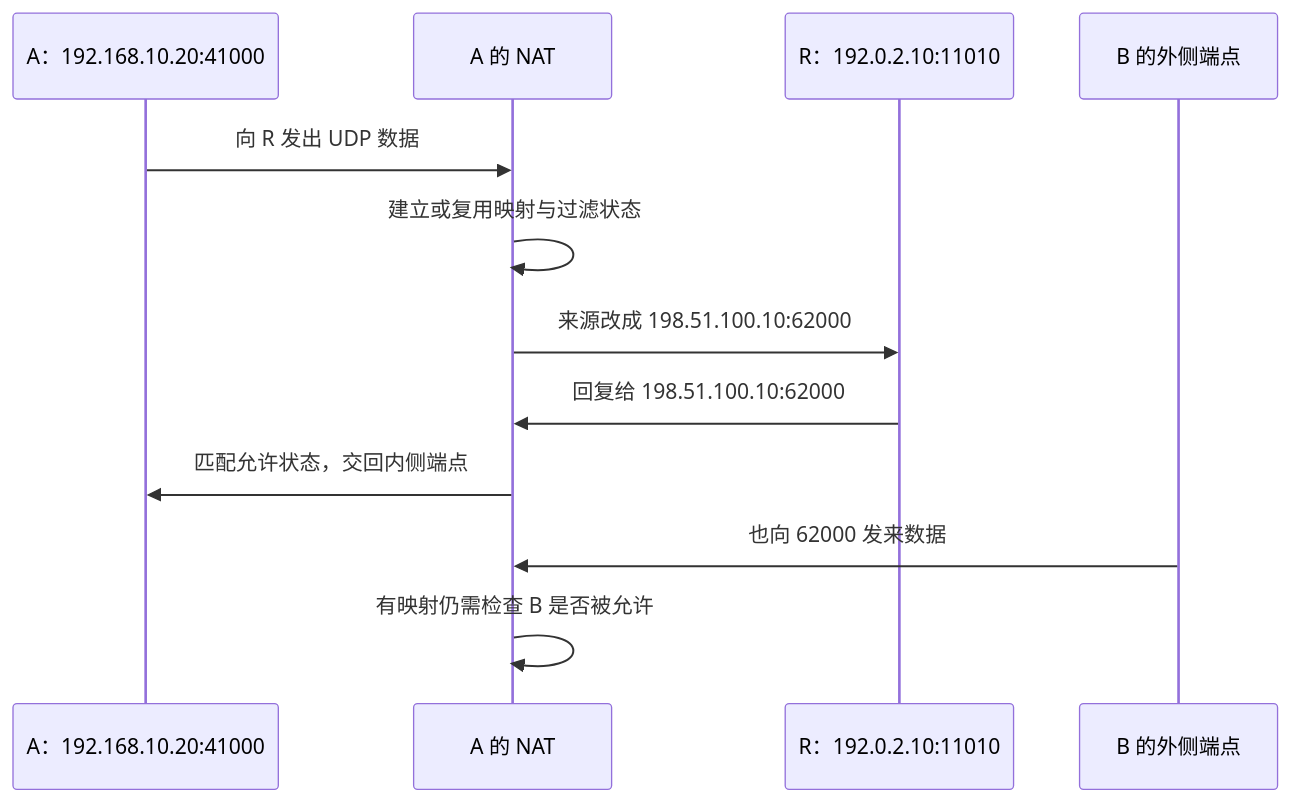
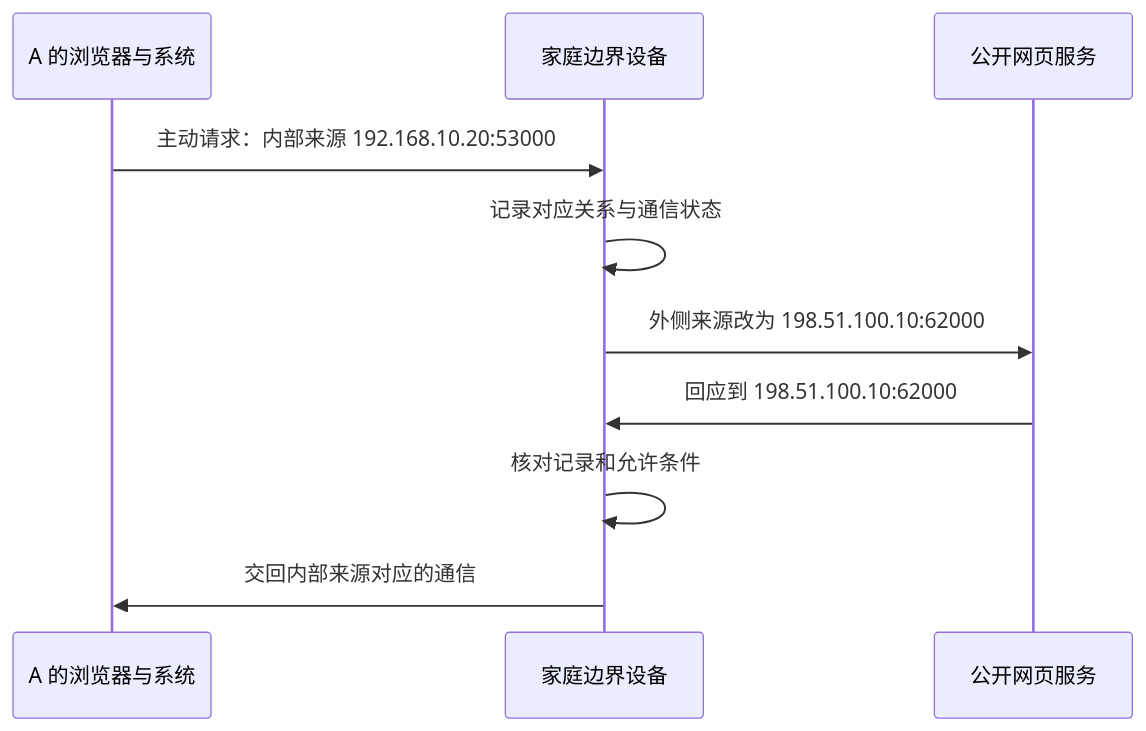
The diagram in apps/website/chapters/06-nat.md (sonofmagic/easytier-docs), drawn with Mermaid before and after one commit. The commit also changed other lines of this file and 59 other files, not shown here.

````diff
--- a/apps/website/chapters/06-nat.md
+++ b/apps/website/chapters/06-nat.md
@@ -28,14 +51,12 @@
 ```mermaid
 sequenceDiagram
-    participant A as A：192.168.10.20:41000
-    participant N as A 的 NAT
-    participant R as R：192.0.2.10:11010
-    participant B as B 的外侧端点
-    A->>N: 向 R 发出 UDP 数据
-    N->>N: 建立或复用映射与过滤状态
-    N->>R: 来源改成 198.51.100.10:62000
-    R->>N: 回复给 198.51.100.10:62000
-    N->>A: 匹配允许状态，交回内侧端点
-    B->>N: 也向 62000 发来数据
-    N->>N: 有映射仍需检查 B 是否被允许
+  participant A as A 的浏览器与系统
+  participant N as 家庭边界设备
+  participant W as 公开网页服务
+  A->>N: 主动请求：内部来源 192.168.10.20:53000
+  N->>N: 记录对应关系与通信状态
+  N->>W: 外侧来源改为 198.51.100.10:62000
+  W->>N: 回应到 198.51.100.10:62000
+  N->>N: 核对记录和允许条件
+  N->>A: 交回内部来源对应的通信
 ```
````
